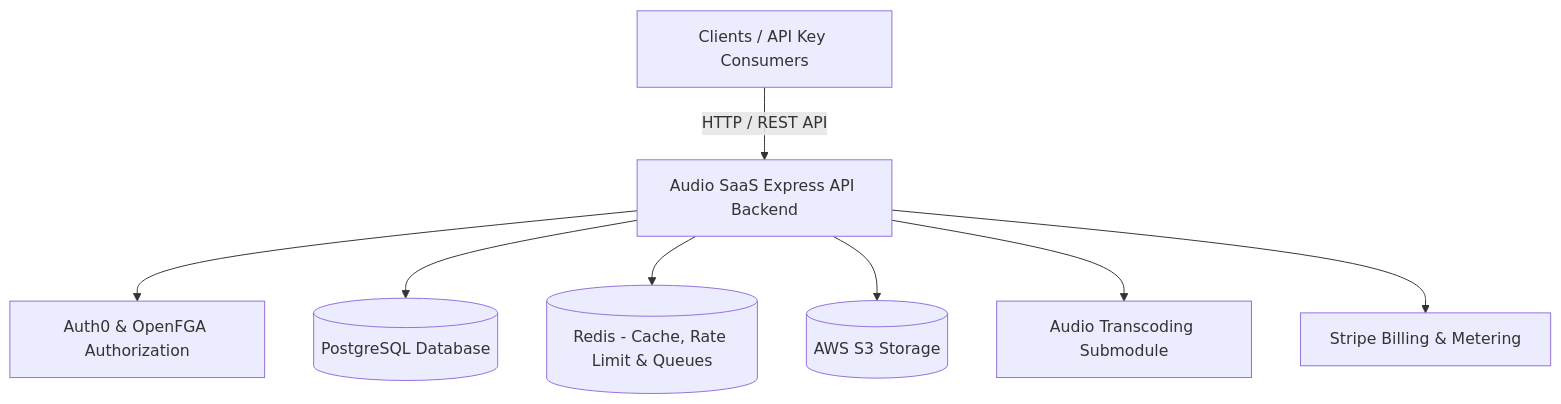
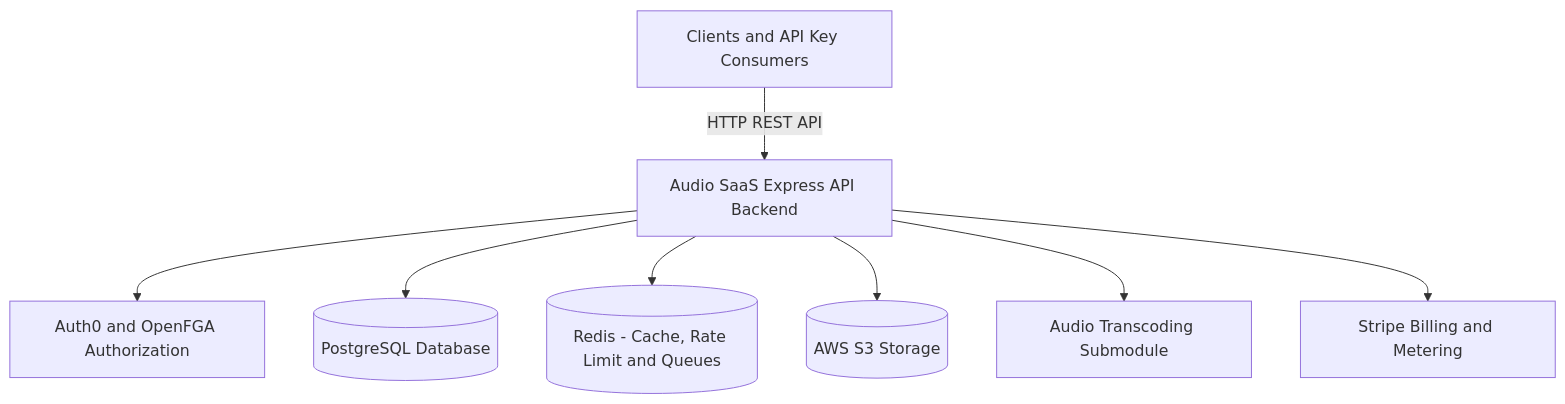
Before and after one commit to assignment-sets/audio-saas-backend: the diagram in README.md, drawn with Mermaid.

Commit message:
fix: quote mermaid node labels and remove special chars to fix GitHub rich display error

````diff
--- a/README.md
+++ b/README.md
@@ -11,11 +11,10 @@
 ```mermaid
 graph TD
-    Client[Clients / API Key Consumers] -->|HTTP / REST API| API[Audio SaaS Express API Backend]
-
-    API --> Auth[Auth0 & OpenFGA Authorization]
-    API --> DB[(PostgreSQL Database)]
-    API --> Redis[(Redis - Cache, Rate Limit & Queues)]
-    API --> Storage[(AWS S3 Storage)]
-    API --> Transcoder[Audio Transcoding Submodule]
-    API --> Stripe[Stripe Billing & Metering]
+    Client["Clients and API Key Consumers"] -->|"HTTP REST API"| API["Audio SaaS Express API Backend"]
+    API --> Auth["Auth0 and OpenFGA Authorization"]
+    API --> DB[("PostgreSQL Database")]
+    API --> Redis[("Redis - Cache, Rate Limit and Queues")]
+    API --> Storage[("AWS S3 Storage")]
+    API --> Transcoder["Audio Transcoding Submodule"]
+    API --> Stripe["Stripe Billing and Metering"]
 ```
````
